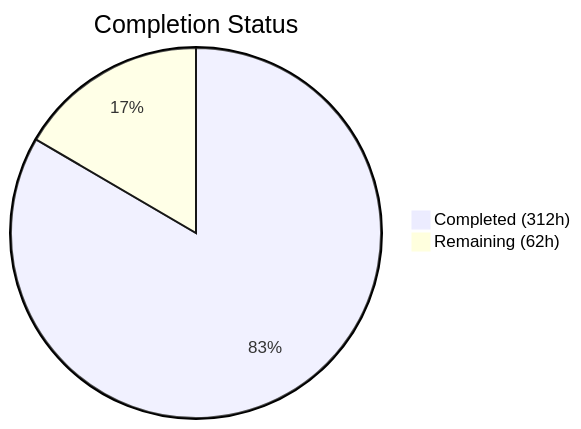
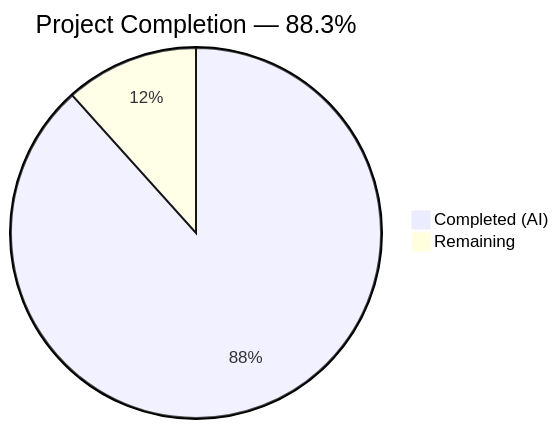
One commit to Blitzy-Sandbox/blitzy-cal changed the first of 2 diagrams in blitzy/documentation/Project Guide.md. Above: the diagram before and after it, drawn with Mermaid. The commit also changed other lines of this file, not shown here.

Commit message:
Adding Blitzy Project Guide: Project Status and Human Tasks Remaining

````diff
--- a/blitzy/documentation/Project Guide.md
+++ b/blitzy/documentation/Project Guide.md
@@ -13,5 +22,5 @@
 ```mermaid
-pie title Completion Status
-    "Completed (312h)" : 312
-    "Remaining (62h)" : 62
+pie title Project Completion — 88.3%
+    "Completed (AI)" : 326
+    "Remaining" : 43
 ```
````
